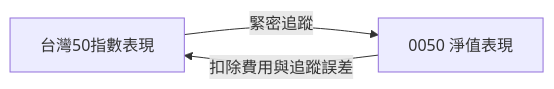
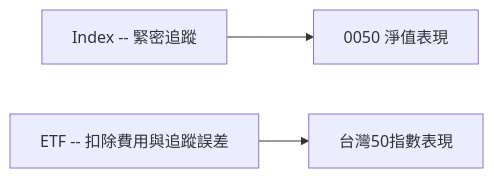
One commit to yennanliu/finance_data changed diagram 11 of 15 in ai_gen_report/stock/0050/fundamental_analysis_2026-06-26_gemini-2.md. Above: the diagram before and after it, drawn with Mermaid. The commit also changed 2258 other files, not shown here.

First line of the commit message:
chore: backfill Mermaid syntax repair across existing reports

````diff
--- a/ai_gen_report/stock/0050/fundamental_analysis_2026-06-26_gemini-2.md
+++ b/ai_gen_report/stock/0050/fundamental_analysis_2026-06-26_gemini-2.md
@@ -526,8 +526,8 @@
 ```mermaid
 graph LR
     Index["台灣50指數表現"]
     ETF["0050 淨值表現"]
 
-    Index -- 緊密追蹤 --> ETF
-    ETF -- "扣除費用與追蹤誤差" --> Index
+    nb1["Index -- 緊密追蹤"] --> ETF
+    nb2["ETF -- "扣除費用與追蹤誤差""] --> Index
 ```
````
